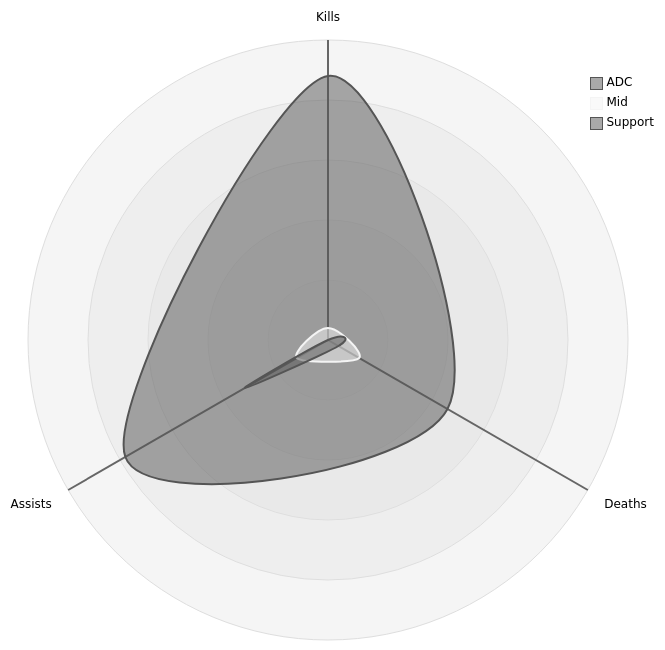
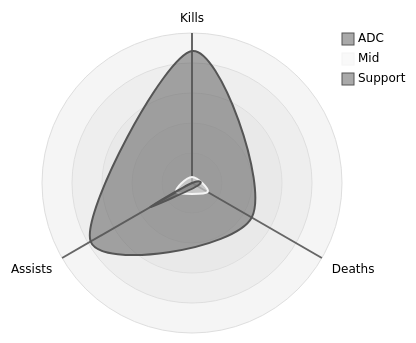
One commit to flowinho/zensical-website changed the second of 3 diagrams in docs/gaming/wild-rift.md. Above: the diagram before and after it, drawn with Mermaid (neutral theme). The commit also changed other lines of this file, not shown here.

Commit message:
Add scaled radar diagramm

````diff
--- a/docs/gaming/wild-rift.md
+++ b/docs/gaming/wild-rift.md
@@ -19,10 +22,16 @@
 ```mermaid
+---
+config:
+  radar:
+    width: 300
+    height: 300
+---
 radar-beta
   axis k["Kills"], d["Deaths"], a["Assists"]
   curve a["ADC"]{44, 23, 39}
   curve m["Mid"]{2, 6, 6}
   curve s["Support"]{0, 2, 16}
 
   max 50
   min 0
 ```
````
